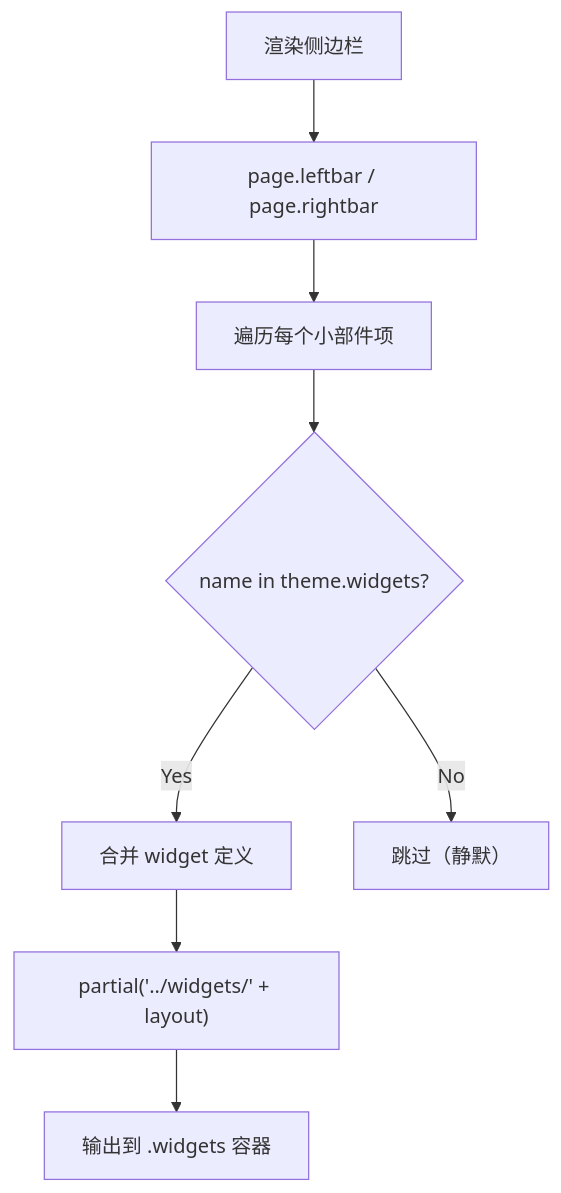
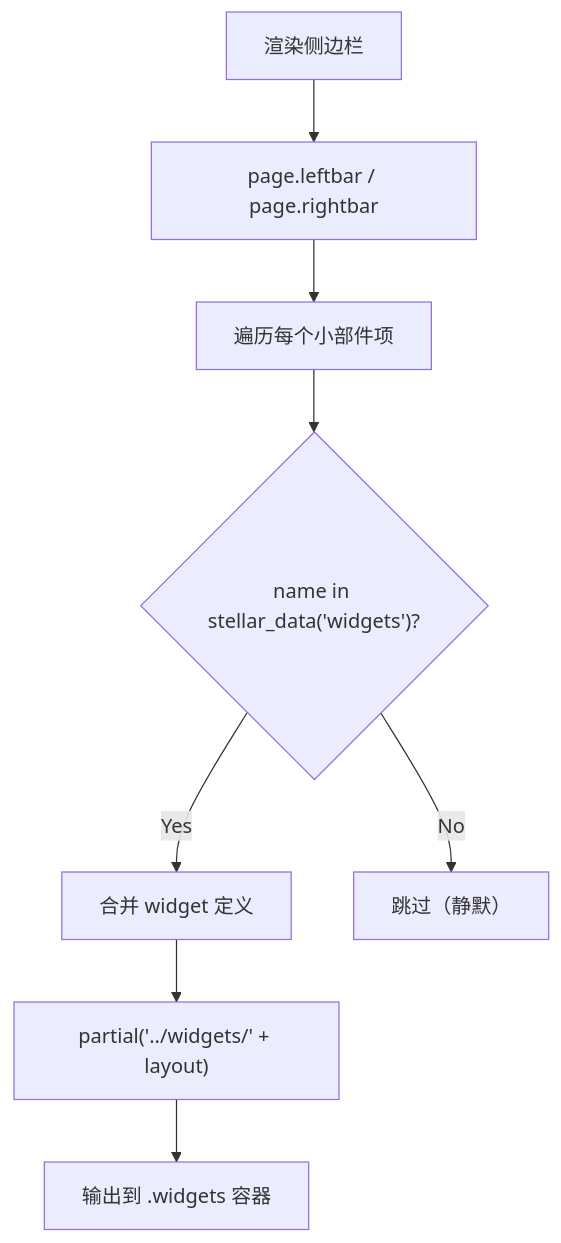
One commit to xaoxuu/hexo-theme-stellar changed the third of 3 diagrams in docs/knowledge/06-数据服务与组件/widget-architecture.md. Above: the diagram before and after it, drawn with Mermaid. The commit also changed other lines of this file and 101 other files, not shown here.

````diff
--- a/docs/knowledge/06-数据服务与组件/widget-architecture.md
+++ b/docs/knowledge/06-数据服务与组件/widget-architecture.md
@@ -192,10 +192,10 @@
 ```mermaid
 flowchart TD
     START["渲染侧边栏"] --> CONFIG["page.leftbar / page.rightbar"]
     CONFIG --> LOOP["遍历每个小部件项"]
-    LOOP --> LOOKUP{"name in theme.widgets?"}
+    LOOP --> LOOKUP{"name in stellar_data('widgets')?"}
     LOOKUP -->|"Yes"| MERGE["合并 widget 定义"]
     LOOKUP -->|"No"| SKIP["跳过（静默）"]
     MERGE --> RENDER["partial('../widgets/' + layout)"]
     RENDER --> OUTPUT["输出到 .widgets 容器"]
 ```
````
